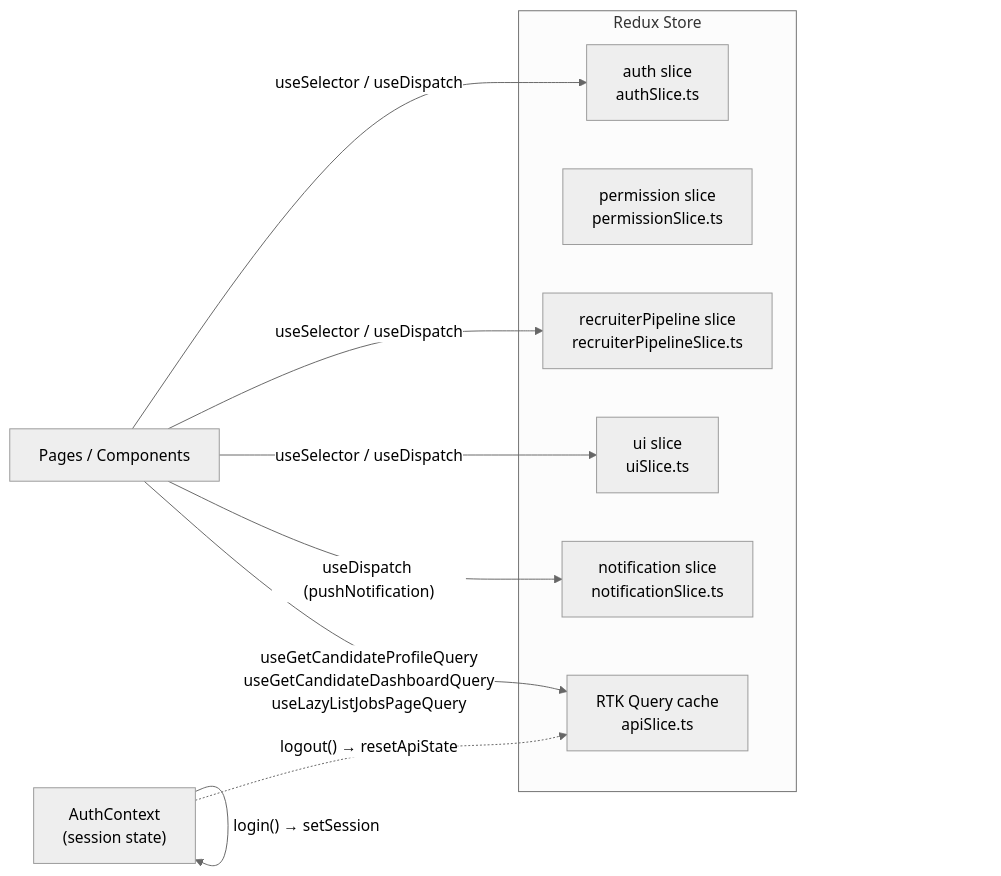
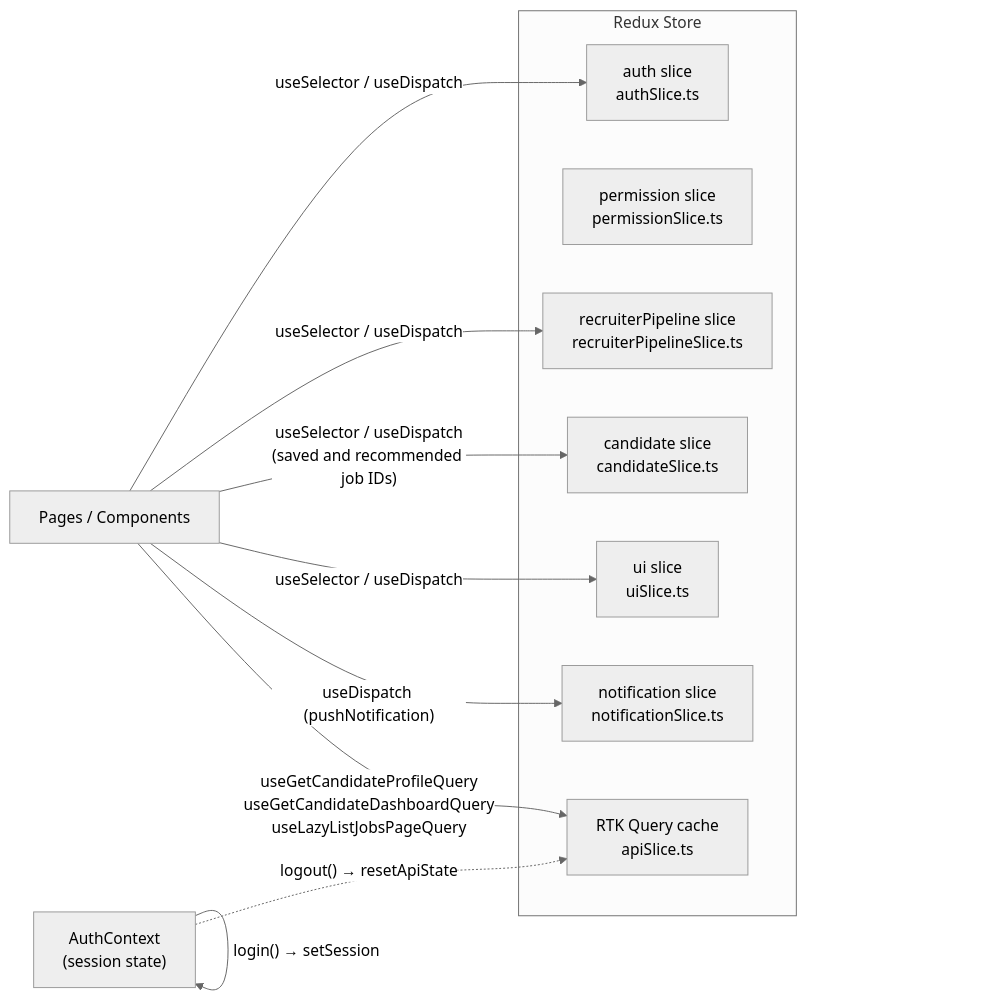
Before and after one commit to PiyalChatterjee/skills-mine-frontend: the eighth of 11 diagrams in ARCHITECTURE.md, drawn with Mermaid (neutral theme). The commit also changed other lines of this file and 1 other file, not shown here.

Commit message:
feat: enhance candidate navigation and dashboard features with job feeds and optimistic updates

````diff
--- a/ARCHITECTURE.md
+++ b/ARCHITECTURE.md
@@ -362,22 +381,24 @@
 ```mermaid
 graph LR
     subgraph "Redux Store"
         auth["auth slice\nauthSlice.ts"]
         permission["permission slice\npermissionSlice.ts"]
         recruiterPipeline["recruiterPipeline slice\nrecruiterPipelineSlice.ts"]
+        candidate["candidate slice\ncandidateSlice.ts"]
         ui["ui slice\nuiSlice.ts"]
         notification["notification slice\nnotificationSlice.ts"]
         api["RTK Query cache\napiSlice.ts"]
     end
 
     AuthContext["AuthContext\n(session state)"]
     Pages["Pages / Components"]
 
     Pages -->|"useSelector / useDispatch"| auth
     Pages -->|"useSelector / useDispatch"| recruiterPipeline
+    Pages -->|"useSelector / useDispatch\n(saved and recommended job IDs)"| candidate
     Pages -->|"useSelector / useDispatch"| ui
     Pages -->|"useDispatch (pushNotification)"| notification
     Pages -->|"useGetCandidateProfileQuery\nuseGetCandidateDashboardQuery\nuseLazyListJobsPageQuery"| api
     AuthContext -->|"login() → setSession"| AuthContext
     AuthContext -.->|"logout() → resetApiState"| api
 ```
````
